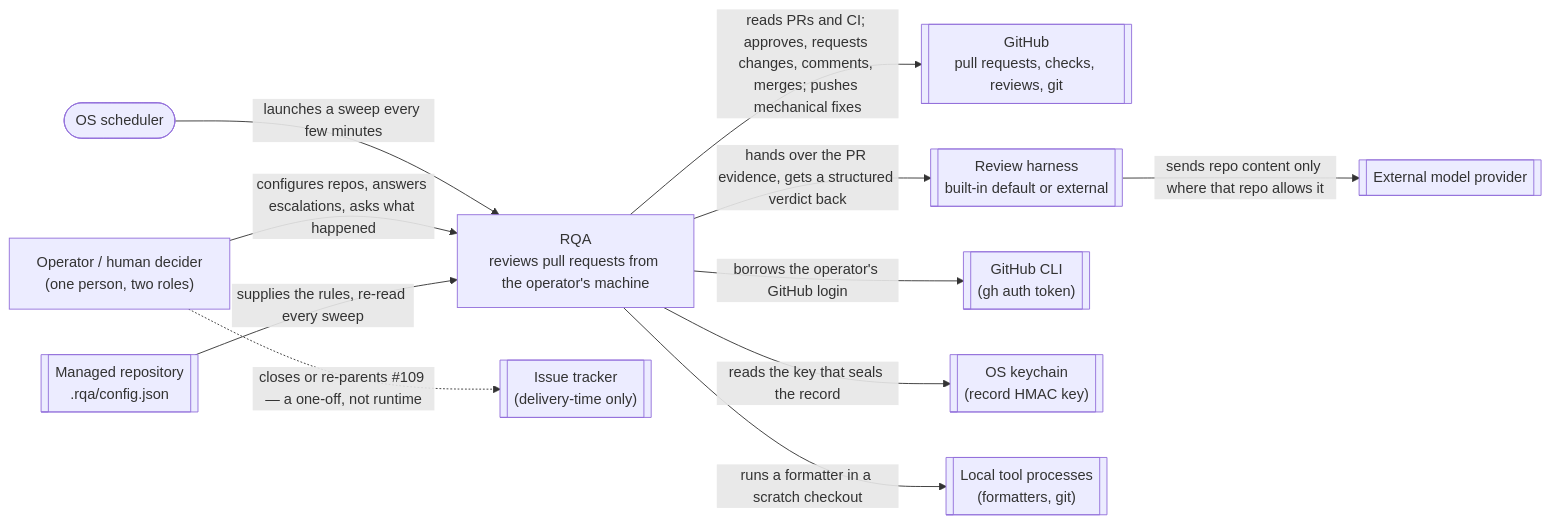
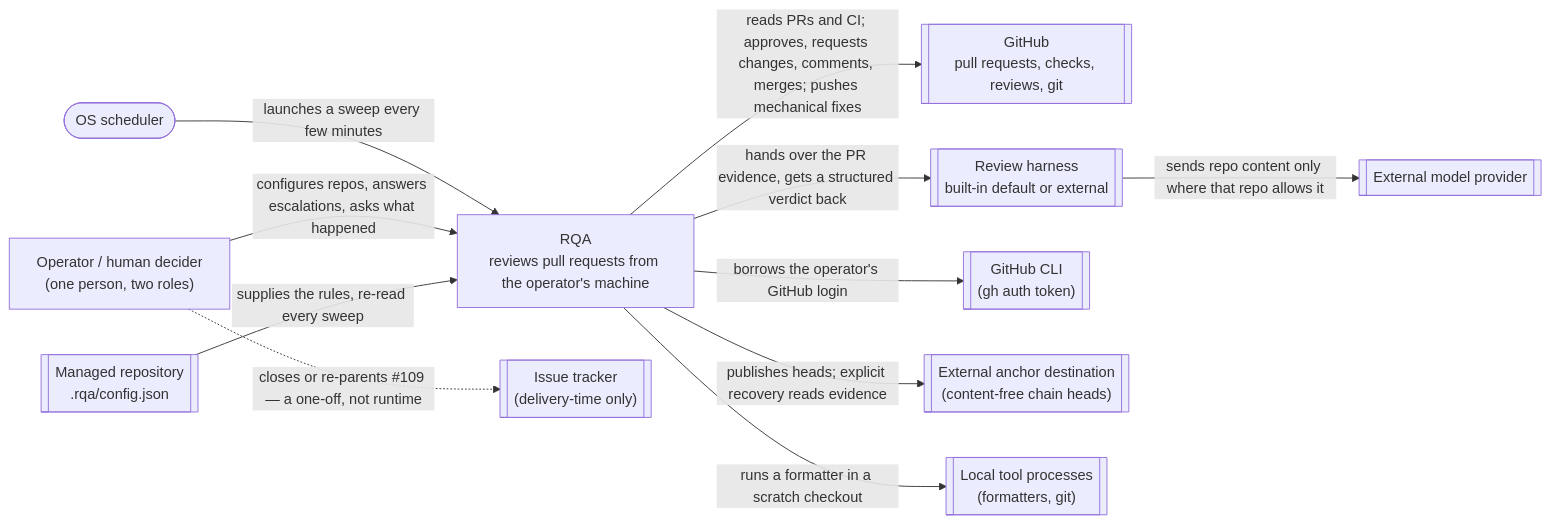
The diagram in launchpad/skills/review-queue-automation/architecture/context.md (launchpad-26/buzz), drawn with Mermaid before and after one commit. The commit also changed other lines of this file and 9 other files, not shown here.

````diff
--- a/launchpad/skills/review-queue-automation/architecture/context.md
+++ b/launchpad/skills/review-queue-automation/architecture/context.md
@@ -25,24 +25,24 @@
 ```mermaid
 flowchart LR
   OPER["Operator / human decider\n(one person, two roles)"]
   TIMER(["OS scheduler"])
   RQA["RQA\nreviews pull requests from the operator's machine"]
   GH[["GitHub\npull requests, checks, reviews, git"]]
   HARN[["Review harness\nbuilt-in default or external"]]
   PROV[["External model provider"]]
   GHCLI[["GitHub CLI\n(gh auth token)"]]
-  KC[["OS keychain\n(record HMAC key)"]]
+  ANCHOR[["External anchor destination\n(content-free chain heads)"]]
   TOOLS[["Local tool processes\n(formatters, git)"]]
   REPO[["Managed repository\n.rqa/config.json"]]
   TRACKER[["Issue tracker\n(delivery-time only)"]]
   TIMER -->|launches a sweep every few minutes| RQA
   OPER -->|configures repos, answers escalations, asks what happened| RQA
   RQA -->|reads PRs and CI; approves, requests changes, comments, merges; pushes mechanical fixes| GH
   RQA -->|hands over the PR evidence, gets a structured verdict back| HARN
   HARN -->|sends repo content only where that repo allows it| PROV
   RQA -->|borrows the operator's GitHub login| GHCLI
   REPO -->|supplies the rules, re-read every sweep| RQA
   OPER -.->|closes or re-parents #109 — a one-off, not runtime| TRACKER
-  RQA -->|reads the key that seals the record| KC
+  RQA -->|publishes heads; explicit recovery reads evidence| ANCHOR
   RQA -->|runs a formatter in a scratch checkout| TOOLS
 ```
````
